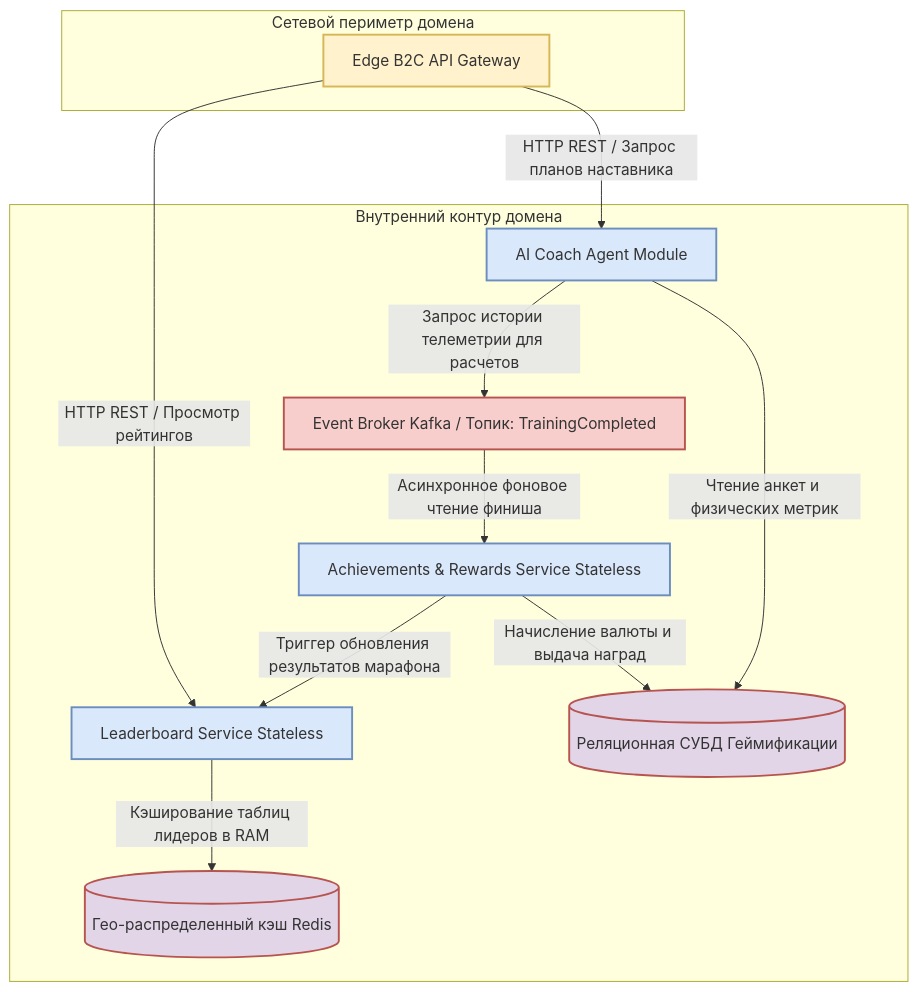
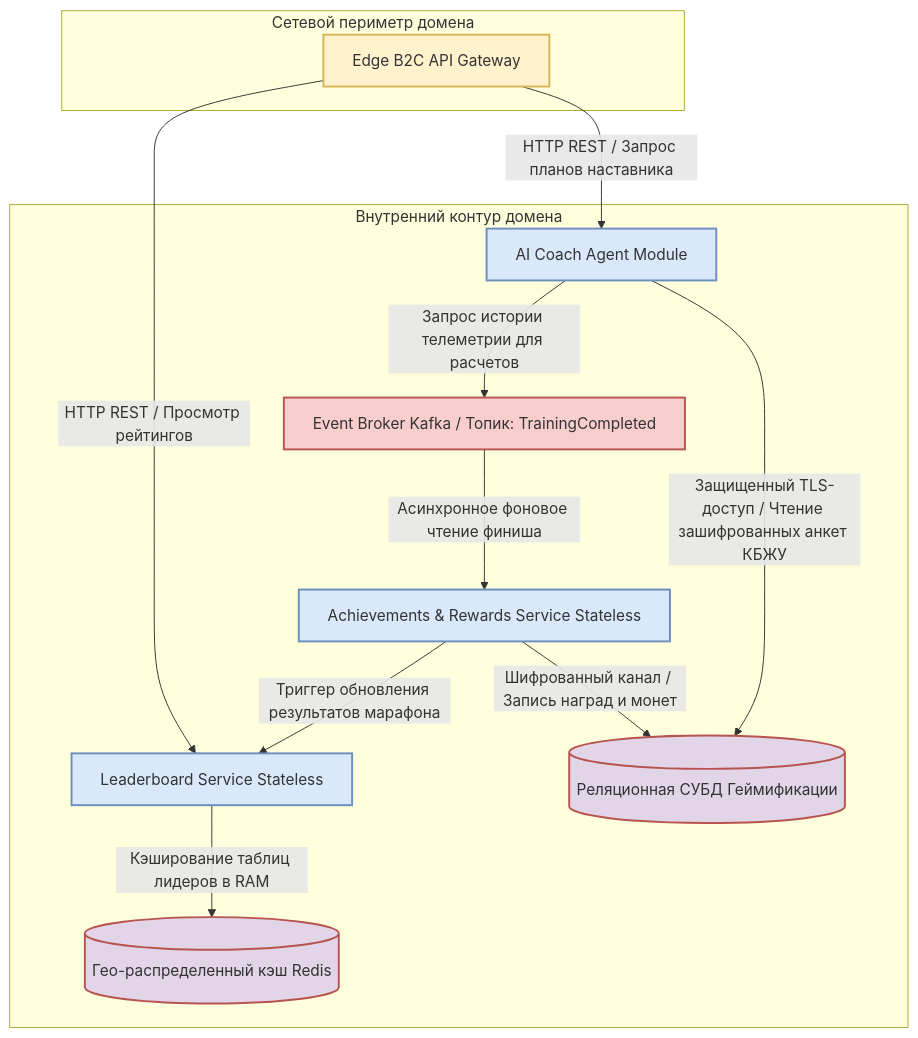
The third of 5 diagrams in stage-2-planning/13-component-architecture.md (Maksim-Burning-Inside/Sports-app-architecture), drawn with Mermaid before and after one commit. The commit also changed other lines of this file, not shown here.

````diff
--- a/stage-2-planning/13-component-architecture.md
+++ b/stage-2-planning/13-component-architecture.md
@@ -140,34 +140,34 @@
 ```mermaid
 %%{init: {"flowchart": {"htmlLabels": true, "wrappingWidth": 500}, "themeCSS": ".edgeLabel foreignObject { overflow: visible; !important } .edgeLabel span { white-space: normal; !important; display: block; max-width: 500px; }"}}%%
 graph TD
     %% Описание стилей для красивого отображения
     classDef perimeter fill:#fff2cc,stroke:#d6b656,stroke-width:2px;
     classDef internal fill:#dae8fc,stroke:#6c8ebf,stroke-width:2px;
     classDef db fill:#e1d5e7,stroke:#b85450,stroke-width:2px;
     classDef queue fill:#f8cecc,stroke:#b85450,stroke-width:2px;
 
     subgraph Сетевой периметр домена
         B1[Edge B2C API Gateway]:::perimeter
     end
 
     subgraph Внутренний контур домена
         C1[Leaderboard Service Stateless]:::internal
         C2[Achievements & Rewards Service Stateless]:::internal
         C3[AI Coach Agent Module]:::internal
         D1[Event Broker Kafka / Топик: TrainingCompleted]:::queue
         F1[(Реляционная СУБД Геймификации)]:::db
         F2[(Гео-распределенный кэш Redis)]:::db
     end
 
     %% Взаимодействие компонентов и движение трафика
     B1 -->|HTTP REST / Запрос планов наставника| C3
     B1 -->|HTTP REST / Просмотр рейтингов| C1
     D1 -->|Асинхронное фоновое чтение финиша| C2
-    C2 -->|Начисление валюты и выдача наград| F1
+    C2 -->|Шифрованный канал / Запись наград и монет| F1
+    C3 -->|Защищенный TLS-доступ / Чтение зашифрованных анкет КБЖУ| F1
     C2 -->|Триггер обновления результатов марафона| C1
     C1 -->|Кэширование таблиц лидеров в RAM| F2
-    C3 -->|Чтение анкет и физических метрик| F1
 
     %% Междоменное чтение исторических логов для ИИ-агента
     C3 -->|Запрос истории телеметрии для расчетов| D1
 ```
````
